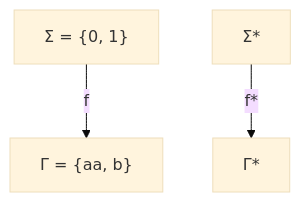
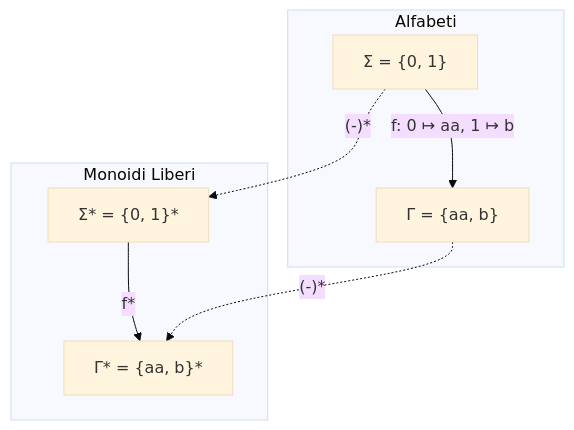
Before and after one commit to GitTonda/Obsidian: the second of 10 diagrams in Linguaggi e Paradigmi di Programmazione/Risoluzioni Esercizi 3CFU/02 - Risoluzione Parte 2 (Funtori e Prove di Functorialità).md, drawn with Mermaid (base theme). The commit also changed other lines of this file and 31 other files, not shown here.

````diff
--- a/Linguaggi e Paradigmi di Programmazione/Risoluzioni Esercizi 3CFU/02 - Risoluzione Parte 2 (Funtori e Prove di Functorialità).md
+++ b/Linguaggi e Paradigmi di Programmazione/Risoluzioni Esercizi 3CFU/02 - Risoluzione Parte 2 (Funtori e Prove di Functorialità).md
@@ -53,5 +62,11 @@
-   ```mermaid
-   graph TD
-       Sigma["Σ = {0, 1}"] -->|"f"| Gamma["Γ = {aa, b}"]
-       SigmaStar["Σ*"] -->|"f*"| GammaStar["Γ*"]
-   ```
+```mermaid
+flowchart TD
+    subgraph Alfabeti["Alfabeti"]
+        Sigma["Σ = {0, 1}"] -->|"f: 0 ↦ aa, 1 ↦ b"| Gamma["Γ = {aa, b}"]
+    end
+    subgraph Monoidi["Monoidi Liberi"]
+        SigmaStar["Σ* = {0, 1}*"] -->|"f*"| GammaStar["Γ* = {aa, b}*"]
+    end
+    Sigma -.->|"(-)*"| SigmaStar
+    Gamma -.->|"(-)*"| GammaStar
+```
````
